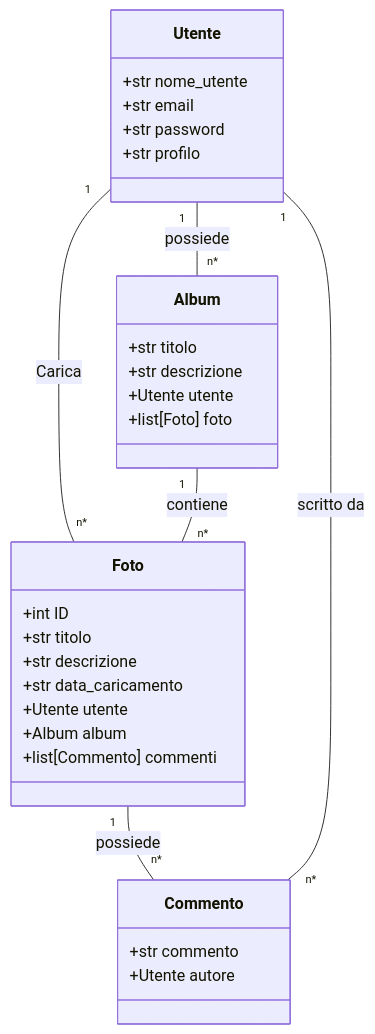
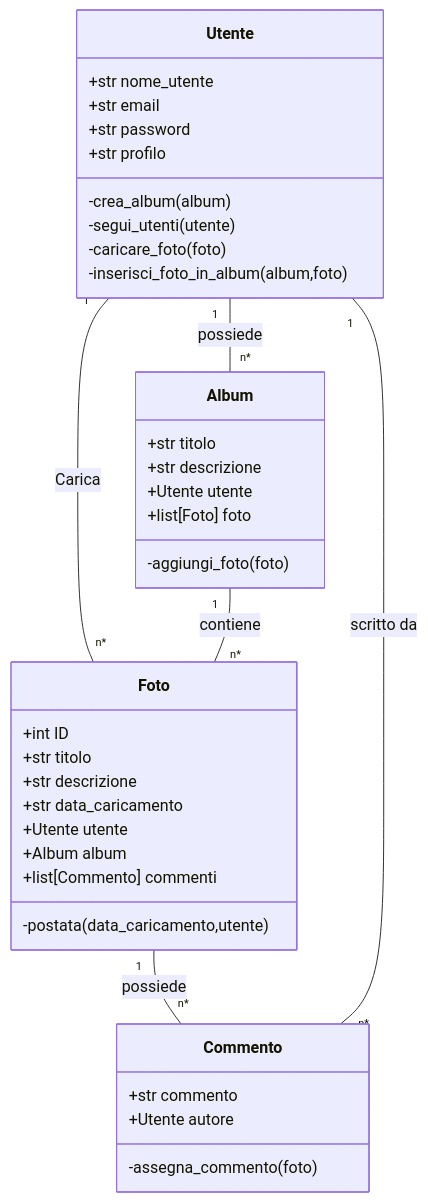
The diagram in esercizio_23/monticelli_023.md (CristianMonticelli/io), drawn with Mermaid before and after one commit.

````diff
--- a/esercizio_23/monticelli_023.md
+++ b/esercizio_23/monticelli_023.md
@@ -1,41 +1,48 @@
 ```mermaid
 classDiagram
     class Utente{
             +str nome_utente
             +str email
             +str password
             +str profilo
+            -crea_album(album)
+            -segui_utenti(utente)
+            -caricare_foto(foto)
+            -inserisci_foto_in_album(album,foto)
 
         }
     
     class Foto{
             +int ID
             +str titolo
             +str descrizione
             +str data_caricamento
             +Utente utente
             +Album album
             +list[Commento] commenti
+            -postata(data_caricamento,utente)
         }
     
     class Album{
             +str titolo
             +str descrizione
             +Utente utente
             +list[Foto] foto
+            -aggiungi_foto(foto)
         }
     
     class Commento{
             +str commento
             +Utente autore
+            -assegna_commento(foto)
     }
     
     Utente "1" -- "n*" Foto : Carica
     Foto "1" -- "n*" Commento : possiede
     Commento "n*" -- "1" Utente : scritto da
     Album "1" -- "n*" Foto : contiene
     Utente "1" -- "n*" Album : possiede
 
 
     
 ```
````
